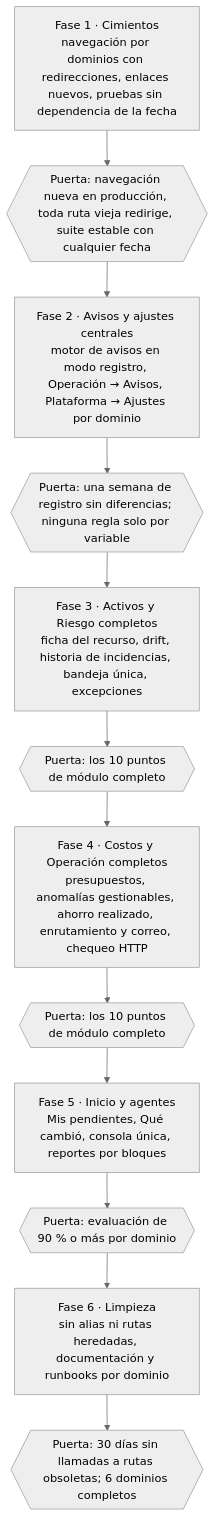
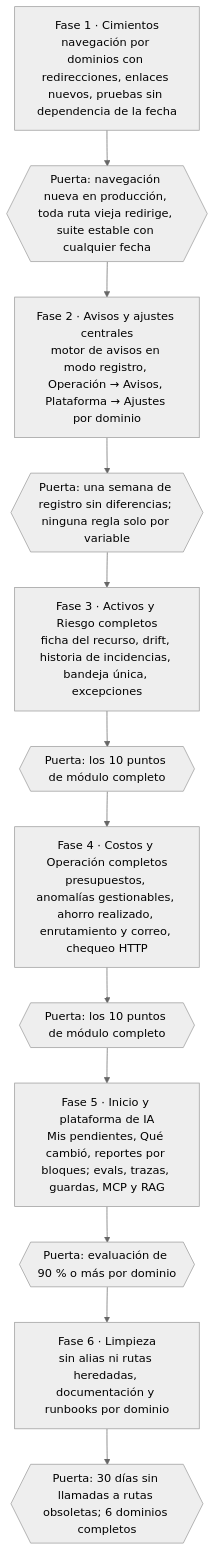
Before and after one commit to miguelortiz13/cloudops-copilot: the second of 2 diagrams in docs/plan/10-reestructuracion-por-dominios.md, drawn with Mermaid (neutral theme). The commit also changed other lines of this file and 3 other files, not shown here.

Commit message:
docs: plan 11 — plataforma de IA (evals, trazas, guardas, MCP y RAG)

````diff
--- a/docs/plan/10-reestructuracion-por-dominios.md
+++ b/docs/plan/10-reestructuracion-por-dominios.md
@@ -116,16 +120,16 @@
 ```mermaid
 flowchart TB
     F1[Fase 1 · Cimientos<br/>navegación por dominios con redirecciones, enlaces nuevos, pruebas sin dependencia de la fecha]
     G1{{Puerta: navegación nueva en producción, toda ruta vieja redirige, suite estable con cualquier fecha}}
     F2[Fase 2 · Avisos y ajustes centrales<br/>motor de avisos en modo registro, Operación → Avisos, Plataforma → Ajustes por dominio]
     G2{{Puerta: una semana de registro sin diferencias; ninguna regla solo por variable}}
     F3[Fase 3 · Activos y Riesgo completos<br/>ficha del recurso, drift, historia de incidencias, bandeja única, excepciones]
     G3{{Puerta: los 10 puntos de módulo completo}}
     F4[Fase 4 · Costos y Operación completos<br/>presupuestos, anomalías gestionables, ahorro realizado, enrutamiento y correo, chequeo HTTP]
     G4{{Puerta: los 10 puntos de módulo completo}}
-    F5[Fase 5 · Inicio y agentes<br/>Mis pendientes, Qué cambió, consola única, reportes por bloques]
+    F5[Fase 5 · Inicio y plataforma de IA<br/>Mis pendientes, Qué cambió, reportes por bloques; evals, trazas, guardas, MCP y RAG]
     G5{{Puerta: evaluación de 90 % o más por dominio}}
     F6[Fase 6 · Limpieza<br/>sin alias ni rutas heredadas, documentación y runbooks por dominio]
     G6{{Puerta: 30 días sin llamadas a rutas obsoletas; 6 dominios completos}}
     F1 --> G1 --> F2 --> G2 --> F3 --> G3 --> F4 --> G4 --> F5 --> G5 --> F6 --> G6
 ```
````
